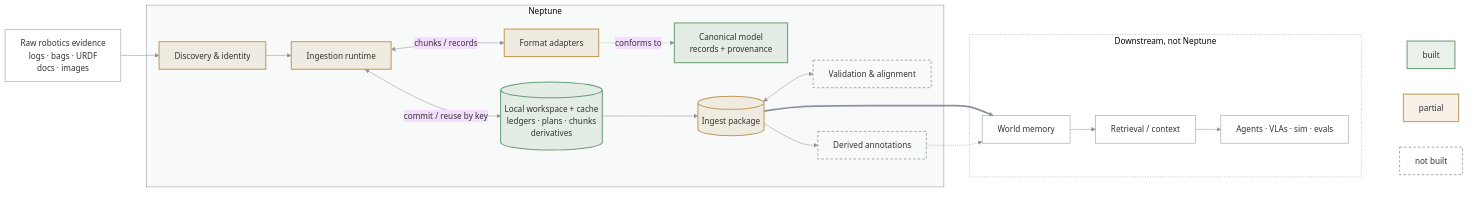
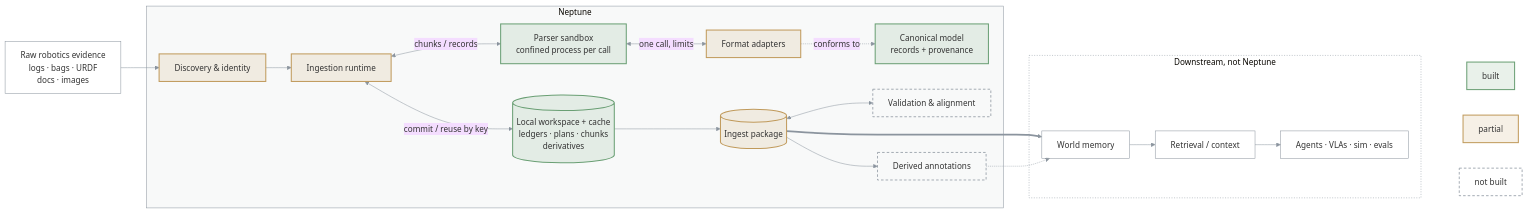
The diagram in ARCHITECTURE.md (bennytay/neptune), drawn with Mermaid (base theme) before and after one commit. The commit also changed 23 other files, not shown here.

````diff
--- a/ARCHITECTURE.md
+++ b/ARCHITECTURE.md
@@ -3,51 +3,54 @@
 ```mermaid
 flowchart LR
   RAW["Raw robotics evidence<br/>logs · bags · URDF<br/>docs · images"]
 
   subgraph N["Neptune"]
     DISC["Discovery &amp; identity"]
     RT["Ingestion runtime"]
     WS[("Local workspace + cache<br/>ledgers · plans · chunks<br/>derivatives")]
     AD["Format adapters"]
+    SB["Parser sandbox<br/>confined process per call"]
     CAN["Canonical model<br/>records + provenance"]
     PKG[("Ingest package")]
     VAL["Validation &amp; alignment"]
     DER["Derived annotations"]
   end
 
   subgraph D["Downstream, not Neptune"]
     MEM["World memory"]
     RET["Retrieval / context"]
     USE["Agents · VLAs · sim · evals"]
   end
 
   RAW --> DISC --> RT
-  RT <-->|chunks / records| AD
+  RT <-->|chunks / records| SB
+  SB <-->|one call, limits| AD
   AD -.->|conforms to| CAN
   RT <-->|commit / reuse by key| WS
   WS --> PKG
   PKG <--> VAL
   PKG --> DER
   PKG ==> MEM --> RET --> USE
   DER -.-> MEM
 
   subgraph KEY[" "]
     K1["built"]
     K2["partial"]
     K3["not built"]
   end
   USE ~~~ K1 & K2 & K3
 
   classDef built fill:#6a9f7426,stroke:#6a9f74,stroke-width:2px
   classDef partial fill:#c09a5b26,stroke:#c09a5b,stroke-width:2px
   classDef todo fill:none,stroke:#8b949e,stroke-width:1.5px,stroke-dasharray:5 4
   classDef ext fill:none,stroke:#8b949e,stroke-width:1px
   class CAN,WS,K1 built
   class DISC,RT,AD,PKG,K2 partial
   class VAL,DER,K3 todo
+  class SB built
   class RAW,MEM,RET,USE ext
   style N fill:#8b949e0f,stroke:#8b949e
   style D fill:none,stroke:#8b949e,stroke-dasharray:2 3
   style KEY fill:none,stroke:none
   linkStyle default stroke:#8b949e
 ```
````
